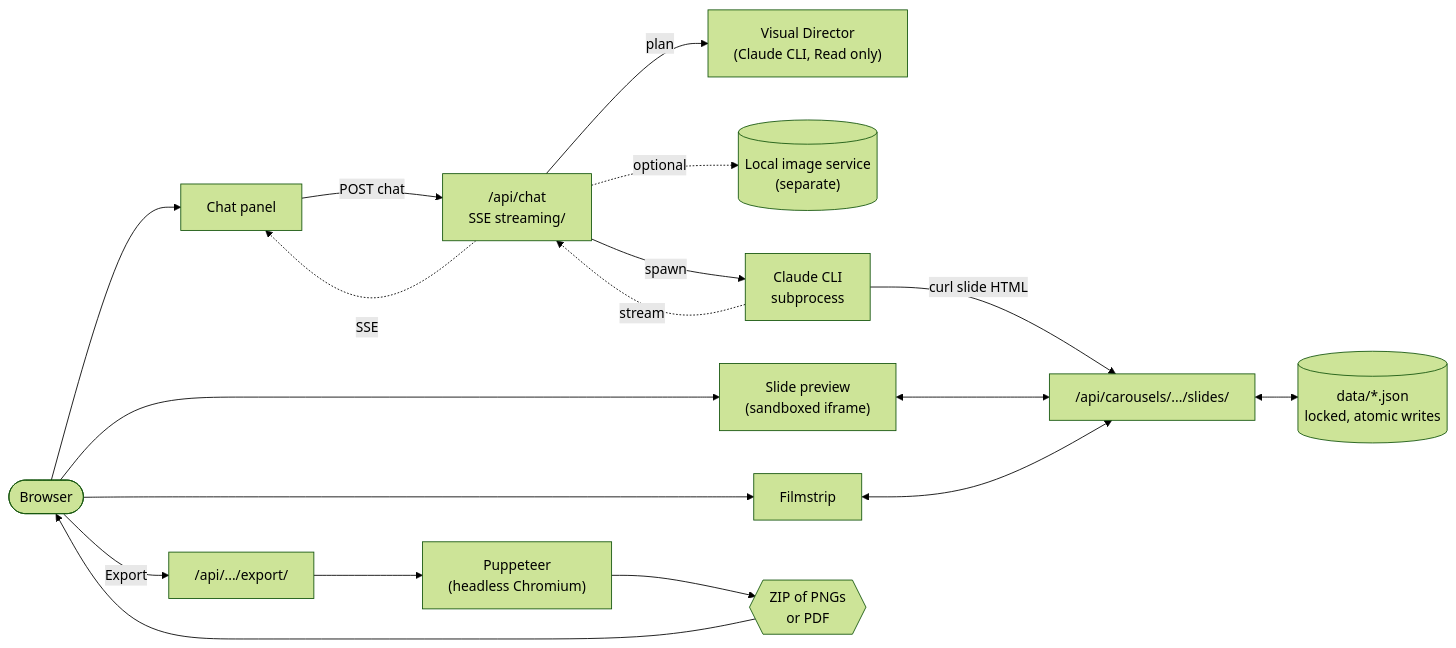
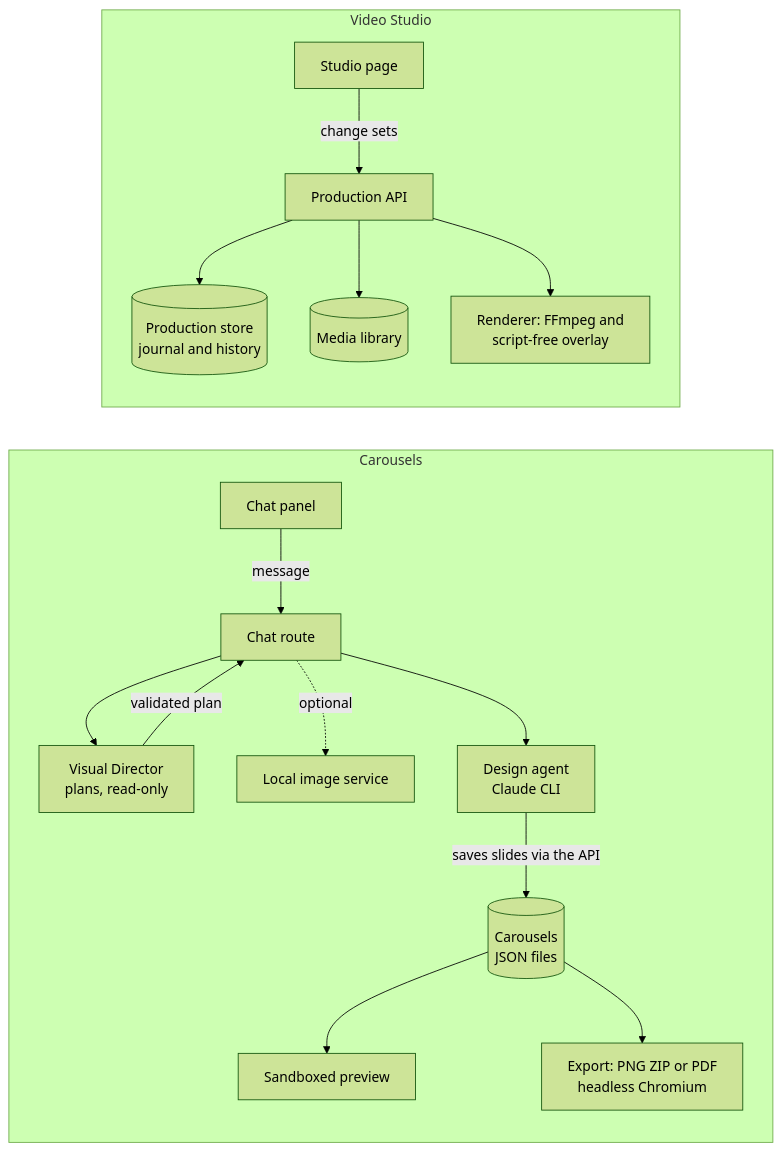
Before and after one commit to mk-global/creatorbrio: the diagram in README.md, drawn with Mermaid (forest theme). The commit also changed other lines of this file and 17 other files, not shown here.

First line of the commit message:
docs: audit current capabilities and rewrite the README and roadmap status (#154)

````diff
--- a/README.md
+++ b/README.md
@@ -367,30 +159,19 @@
 ```mermaid
 flowchart LR
-  U(["Browser"])
-  C["Chat panel"]
-  P["Slide preview<br/>(sandboxed iframe)"]
-  F["Filmstrip"]
-  API["/api/chat<br/>SSE streaming/"]
-  CCLI["Claude CLI<br/>subprocess"]
-  SLIDES["/api/carousels/.../slides/"]
-  DATA[("data/*.json<br/>locked, atomic writes")]
-  EXP["/api/.../export/"]
-  PUP["Puppeteer<br/>(headless Chromium)"]
-  ZIP{{"ZIP of PNGs<br/>or PDF"}}
-
-  U --> C & P & F
-  C -- "POST chat" --> API
-  API -- "plan" --> DIR["Visual Director<br/>(Claude CLI, Read only)"]
-  API -. "optional" .-> IMG[("Local image service<br/>(separate)")]
-  API -- "spawn" --> CCLI
-  CCLI -. "stream" .-> API
-  API -. "SSE" .-> C
-  CCLI -- "curl slide HTML" --> SLIDES
-  SLIDES <--> DATA
-  P <--> SLIDES
-  F <--> SLIDES
-  U -- "Export" --> EXP
-  EXP --> PUP
-  PUP --> ZIP
-  ZIP --> U
+  subgraph Carousels
+    C["Chat panel"] -->|"message"| R["Chat route"]
+    R --> D["Visual Director<br/>plans, read-only"]
+    D -->|"validated plan"| R
+    R -.->|"optional"| I["Local image service"]
+    R --> A["Design agent<br/>Claude CLI"]
+    A -->|"saves slides via the API"| S[("Carousels<br/>JSON files")]
+    S --> P["Sandboxed preview"]
+    S --> X["Export: PNG ZIP or PDF<br/>headless Chromium"]
+  end
+  subgraph Studio["Video Studio"]
+    V["Studio page"] -->|"change sets"| API["Production API"]
+    API --> ST[("Production store<br/>journal and history")]
+    API --> M[("Media library")]
+    API --> RD["Renderer: FFmpeg and<br/>script-free overlay"]
+  end
 ```
````
